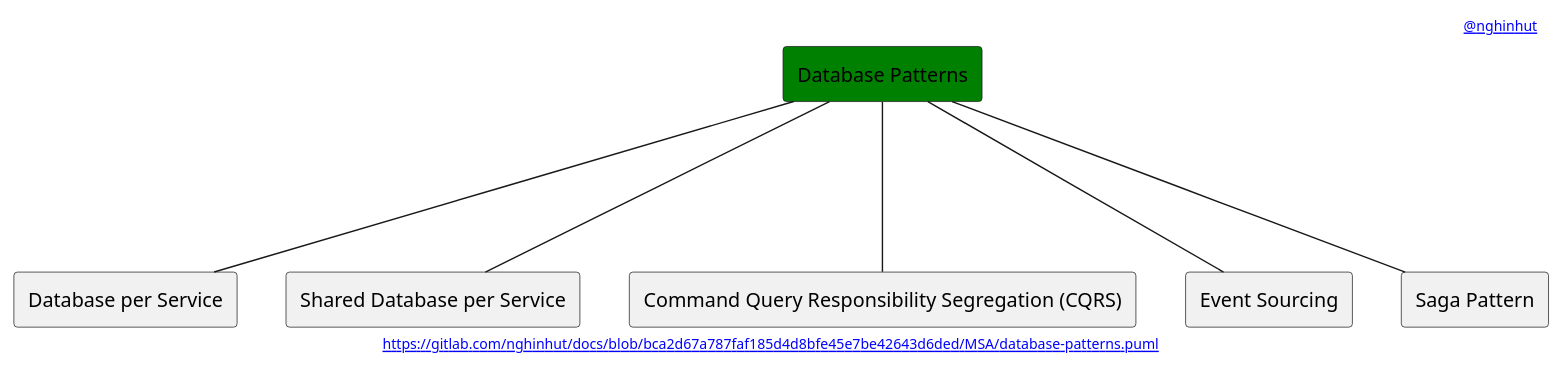
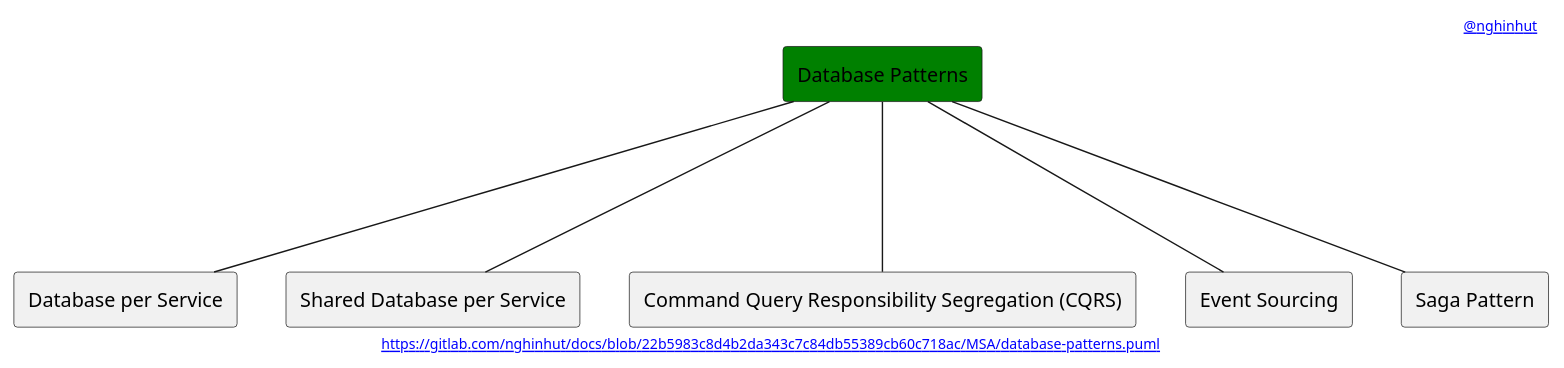
One commit to nghinhut/docs changed the diagram in MSA/database-patterns.puml. Above: the diagram before and after it, drawn with PlantUML. The commit also changed 48 other files, not shown here.

```diff
--- a/MSA/database-patterns.puml
+++ b/MSA/database-patterns.puml
@@ -1,20 +1,20 @@
 @startuml
 '-----START auto generated metadata please keep comment here to allow auto update-----
 '-----DON'T EDIT THIS SECTION, INSTEAD RE-RUN prebuild.sh TO UPDATE-----
-header [[https://www.nghinhut.dev?from=http%5C%3A%5C%2F%5C%2Fwww%5C.plantuml%5C.com%5C%2Fplantuml%5C%2Fproxy%3Ffmt%3Dsvg%5C%26src%3Dhttps%5C%3A%5C%2F%5C%2Fgitlab%5C.com%5C%2Fnghinhut%5C%2Fdocs%5C%2Fraw%5C%2Fbca2d67a787faf185d4d8bfe45e7be42643d6ded%5C%2FMSA%5C%2Fdatabase-patterns%5C.puml%0A @nghinhut]]
-footer [[http://www.plantuml.com/plantuml/proxy?fmt=svg&src=https://gitlab.com/nghinhut/docs/raw/bca2d67a787faf185d4d8bfe45e7be42643d6ded/MSA/database-patterns.puml https://gitlab.com/nghinhut/docs/blob/bca2d67a787faf185d4d8bfe45e7be42643d6ded/MSA/database-patterns.puml]]
+header [[https://www.nghinhut.dev?from=http%5C%3A%5C%2F%5C%2Fwww%5C.plantuml%5C.com%5C%2Fplantuml%5C%2Fproxy%3Ffmt%3Dsvg%5C%26src%3Dhttps%5C%3A%5C%2F%5C%2Fgitlab%5C.com%5C%2Fnghinhut%5C%2Fdocs%5C%2Fraw%5C%2F22b5983c8d4b2da343c7c84db55389cb60c718ac%5C%2FMSA%5C%2Fdatabase-patterns%5C.puml%0A @nghinhut]]
+footer [[http://www.plantuml.com/plantuml/proxy?fmt=svg&src=https://gitlab.com/nghinhut/docs/raw/22b5983c8d4b2da343c7c84db55389cb60c718ac/MSA/database-patterns.puml https://gitlab.com/nghinhut/docs/blob/22b5983c8d4b2da343c7c84db55389cb60c718ac/MSA/database-patterns.puml]]
 '-----END auto generated metadata please keep comment here to allow auto update-----
 
 rectangle "Database Patterns" as Database #green
 
 rectangle "Database per Service" as DatabaseP1
 rectangle "Shared Database per Service" as DatabaseP2
 rectangle "Command Query Responsibility Segregation (CQRS)" as DatabaseP3
 rectangle "Event Sourcing" as DatabaseP4
 rectangle "Saga Pattern" as DatabaseP5
 Database --- DatabaseP1
 Database --- DatabaseP2
 Database --- DatabaseP3
 Database --- DatabaseP4
 Database --- DatabaseP5
 @enduml
```
